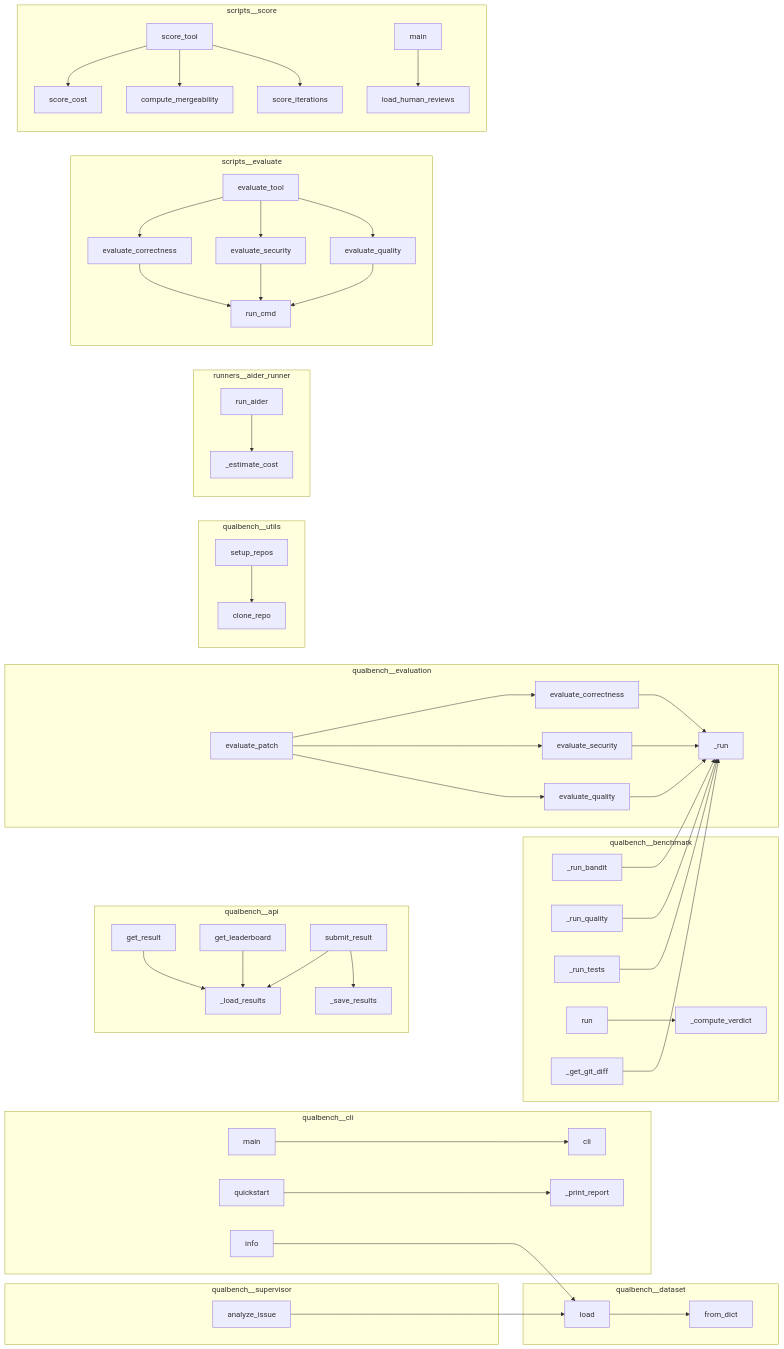
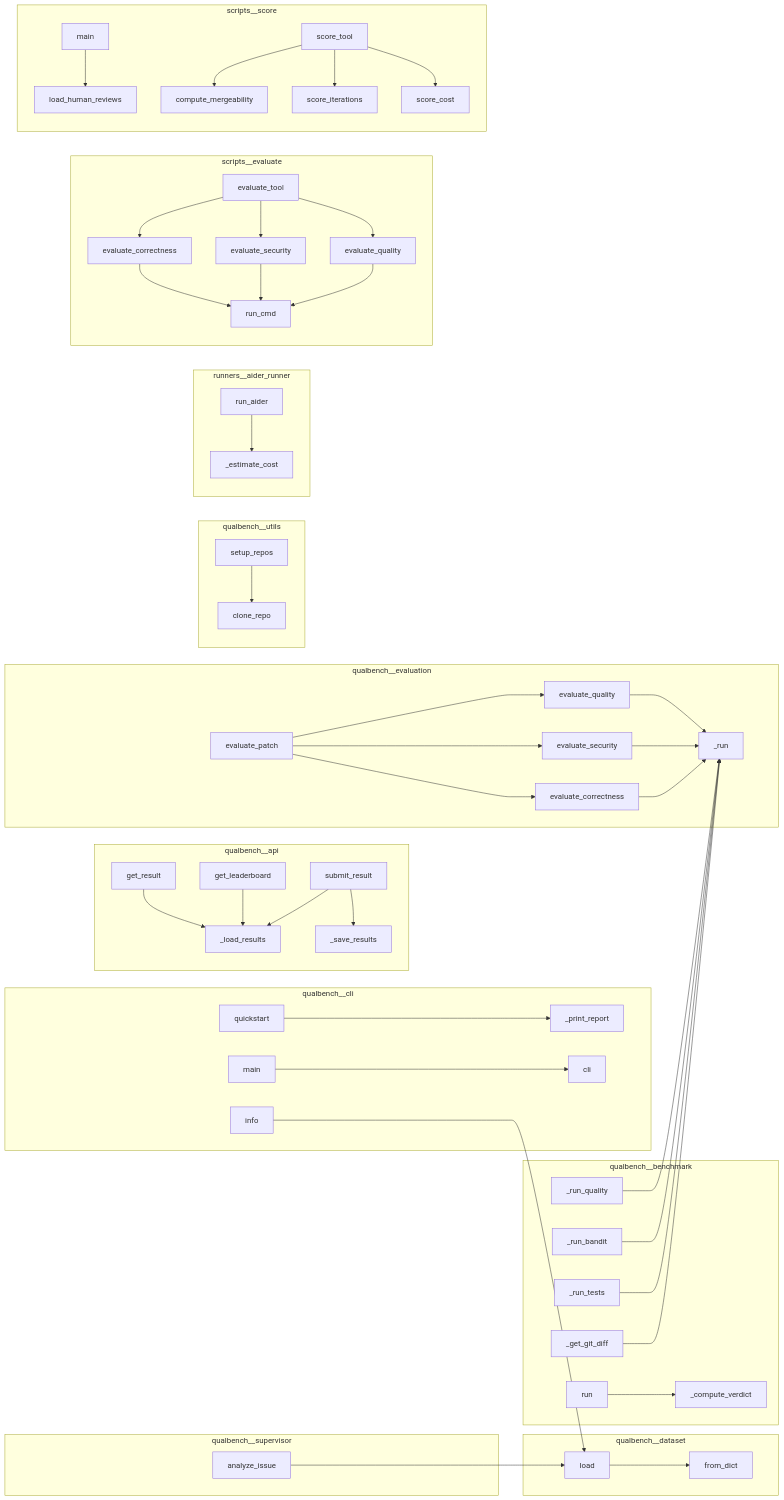
Before and after one commit to semcod/qualbench: the diagram in project/calls.mmd, drawn with Mermaid. The commit also changed other lines of this file and 9 other files, not shown here.

```diff
--- a/project/calls.mmd
+++ b/project/calls.mmd
@@ -1,92 +1,92 @@
 flowchart LR
     subgraph qualbench__api
         qualbench__api__get_result["get_result"]
-        qualbench__api___save_results["_save_results"]
-        qualbench__api__submit_result["submit_result"]
         qualbench__api___load_results["_load_results"]
         qualbench__api__get_leaderboard["get_leaderboard"]
+        qualbench__api__submit_result["submit_result"]
+        qualbench__api___save_results["_save_results"]
     end
     subgraph qualbench__benchmark
-        qualbench__benchmark__QualBenchRunner___run_bandit["_run_bandit"]
-        qualbench__benchmark__QualBenchRunner___run_quality["_run_quality"]
-        qualbench__benchmark___compute_verdict["_compute_verdict"]
         qualbench__benchmark__QualBenchRunner___run_tests["_run_tests"]
         qualbench__benchmark__QualBenchRunner__run["run"]
+        qualbench__benchmark__QualBenchRunner___run_quality["_run_quality"]
         qualbench__benchmark__QualBenchRunner___get_git_diff["_get_git_diff"]
+        qualbench__benchmark___compute_verdict["_compute_verdict"]
+        qualbench__benchmark__QualBenchRunner___run_bandit["_run_bandit"]
     end
     subgraph qualbench__cli
+        qualbench__cli__main["main"]
+        qualbench__cli__info["info"]
+        qualbench__cli__quickstart["quickstart"]
+        qualbench__cli___print_report["_print_report"]
         qualbench__cli__cli["cli"]
-        qualbench__cli__main["main"]
-        qualbench__cli__quickstart["quickstart"]
-        qualbench__cli__info["info"]
-        qualbench__cli___print_report["_print_report"]
     end
     subgraph qualbench__dataset
+        qualbench__dataset__Dataset__load["load"]
         qualbench__dataset__Issue__from_dict["from_dict"]
-        qualbench__dataset__Dataset__load["load"]
     end
     subgraph qualbench__evaluation
+        qualbench__evaluation__evaluate_correctness["evaluate_correctness"]
+        qualbench__evaluation__evaluate_patch["evaluate_patch"]
         qualbench__evaluation___run["_run"]
         qualbench__evaluation__evaluate_security["evaluate_security"]
         qualbench__evaluation__evaluate_quality["evaluate_quality"]
-        qualbench__evaluation__evaluate_patch["evaluate_patch"]
-        qualbench__evaluation__evaluate_correctness["evaluate_correctness"]
     end
     subgraph qualbench__supervisor
         qualbench__supervisor__SupervisorAI__analyze_issue["analyze_issue"]
     end
     subgraph qualbench__utils
+        qualbench__utils__repos__setup_repos["setup_repos"]
         qualbench__utils__repos__clone_repo["clone_repo"]
-        qualbench__utils__repos__setup_repos["setup_repos"]
     end
     subgraph runners__aider_runner
+        runners__aider_runner___estimate_cost["_estimate_cost"]
         runners__aider_runner__run_aider["run_aider"]
-        runners__aider_runner___estimate_cost["_estimate_cost"]
     end
     subgraph scripts__evaluate
+        scripts__evaluate__evaluate_correctness["evaluate_correctness"]
+        scripts__evaluate__run_cmd["run_cmd"]
         scripts__evaluate__evaluate_tool["evaluate_tool"]
+        scripts__evaluate__evaluate_quality["evaluate_quality"]
         scripts__evaluate__evaluate_security["evaluate_security"]
-        scripts__evaluate__evaluate_correctness["evaluate_correctness"]
-        scripts__evaluate__evaluate_quality["evaluate_quality"]
-        scripts__evaluate__run_cmd["run_cmd"]
     end
     subgraph scripts__score
+        scripts__score__load_human_reviews["load_human_reviews"]
+        scripts__score__main["main"]
+        scripts__score__score_iterations["score_iterations"]
+        scripts__score__score_tool["score_tool"]
         scripts__score__score_cost["score_cost"]
         scripts__score__compute_mergeability["compute_mergeability"]
-        scripts__score__main["main"]
-        scripts__score__load_human_reviews["load_human_reviews"]
-        scripts__score__score_iterations["score_iterations"]
-        scripts__score__score_tool["score_tool"]
     end
     qualbench__cli__quickstart --> qualbench__cli___print_report
     qualbench__cli__info --> qualbench__dataset__Dataset__load
     qualbench__cli__main --> qualbench__cli__cli
     qualbench__supervisor__SupervisorAI__analyze_issue --> qualbench__dataset__Dataset__load
     qualbench__utils__repos__setup_repos --> qualbench__utils__repos__clone_repo
+    qualbench__dataset__Dataset__load --> qualbench__dataset__Issue__from_dict
     qualbench__evaluation__evaluate_correctness --> qualbench__evaluation___run
     qualbench__evaluation__evaluate_security --> qualbench__evaluation___run
     qualbench__evaluation__evaluate_quality --> qualbench__evaluation___run
     qualbench__evaluation__evaluate_patch --> qualbench__evaluation__evaluate_correctness
     qualbench__evaluation__evaluate_patch --> qualbench__evaluation__evaluate_security
     qualbench__evaluation__evaluate_patch --> qualbench__evaluation__evaluate_quality
-    qualbench__dataset__Dataset__load --> qualbench__dataset__Issue__from_dict
     scripts__evaluate__evaluate_correctness --> scripts__evaluate__run_cmd
     scripts__evaluate__evaluate_security --> scripts__evaluate__run_cmd
     scripts__evaluate__evaluate_quality --> scripts__evaluate__run_cmd
     scripts__evaluate__evaluate_tool --> scripts__evaluate__evaluate_correctness
     scripts__evaluate__evaluate_tool --> scripts__evaluate__evaluate_security
     scripts__evaluate__evaluate_tool --> scripts__evaluate__evaluate_quality
     scripts__score__score_tool --> scripts__score__compute_mergeability
     scripts__score__score_tool --> scripts__score__score_iterations
     scripts__score__score_tool --> scripts__score__score_cost
     scripts__score__main --> scripts__score__load_human_reviews
     runners__aider_runner__run_aider --> runners__aider_runner___estimate_cost
     qualbench__benchmark__QualBenchRunner__run --> qualbench__benchmark___compute_verdict
     qualbench__benchmark__QualBenchRunner___get_git_diff --> qualbench__evaluation___run
     qualbench__benchmark__QualBenchRunner___run_tests --> qualbench__evaluation___run
     qualbench__benchmark__QualBenchRunner___run_bandit --> qualbench__evaluation___run
     qualbench__benchmark__QualBenchRunner___run_quality --> qualbench__evaluation___run
     qualbench__api__submit_result --> qualbench__api___load_results
     qualbench__api__submit_result --> qualbench__api___save_results
     qualbench__api__get_leaderboard --> qualbench__api___load_results
     qualbench__api__get_result --> qualbench__api___load_results
```
